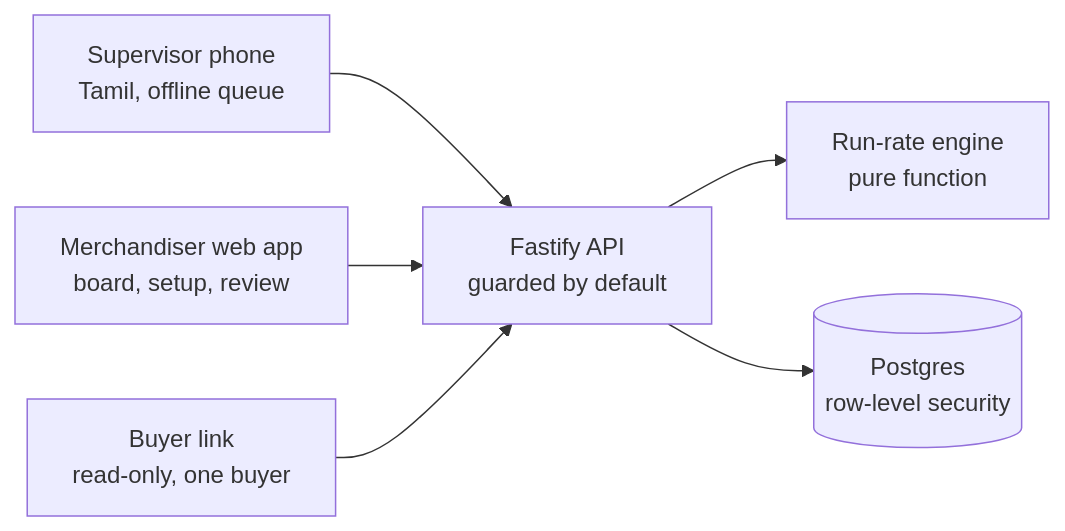
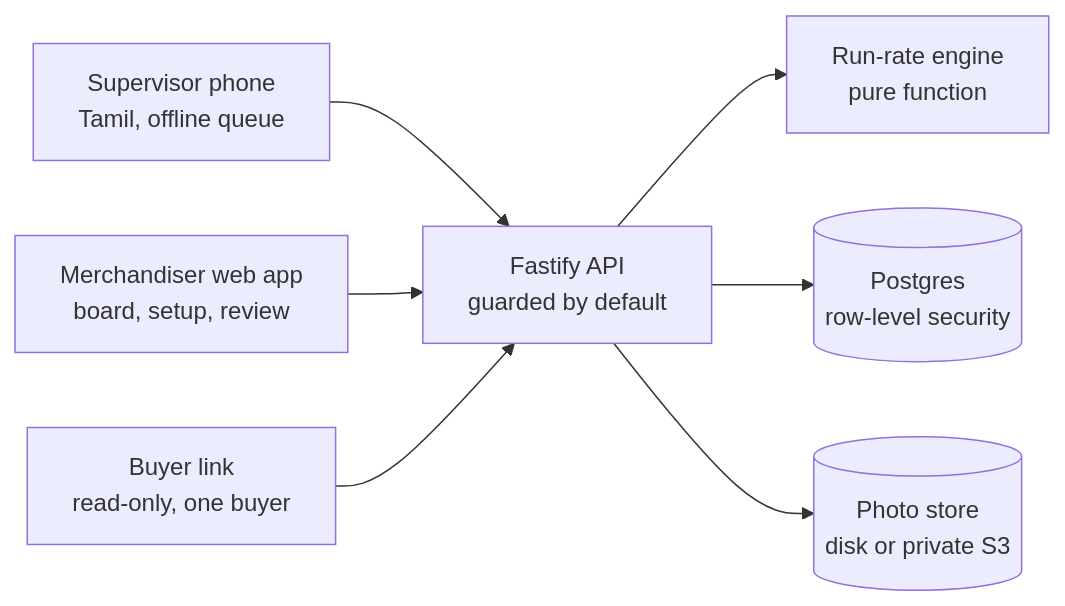
One commit to xeyynon/IsoCode_Knitwear changed the diagram in README.md. Above: the diagram before and after it, drawn with Mermaid. The commit also changed other lines of this file and 40 other files, not shown here.

````diff
--- a/README.md
+++ b/README.md
@@ -63,8 +93,9 @@
 ```mermaid
 flowchart LR
   SUP["Supervisor phone<br/>Tamil, offline queue"] --> API
   MER["Merchandiser web app<br/>board, setup, review"] --> API
   BUY["Buyer link<br/>read-only, one buyer"] --> API
   API["Fastify API<br/>guarded by default"] --> ENG["Run-rate engine<br/>pure function"]
   API --> DB[("Postgres<br/>row-level security")]
+  API --> OBJ[("Photo store<br/>disk or private S3")]
 ```
````
